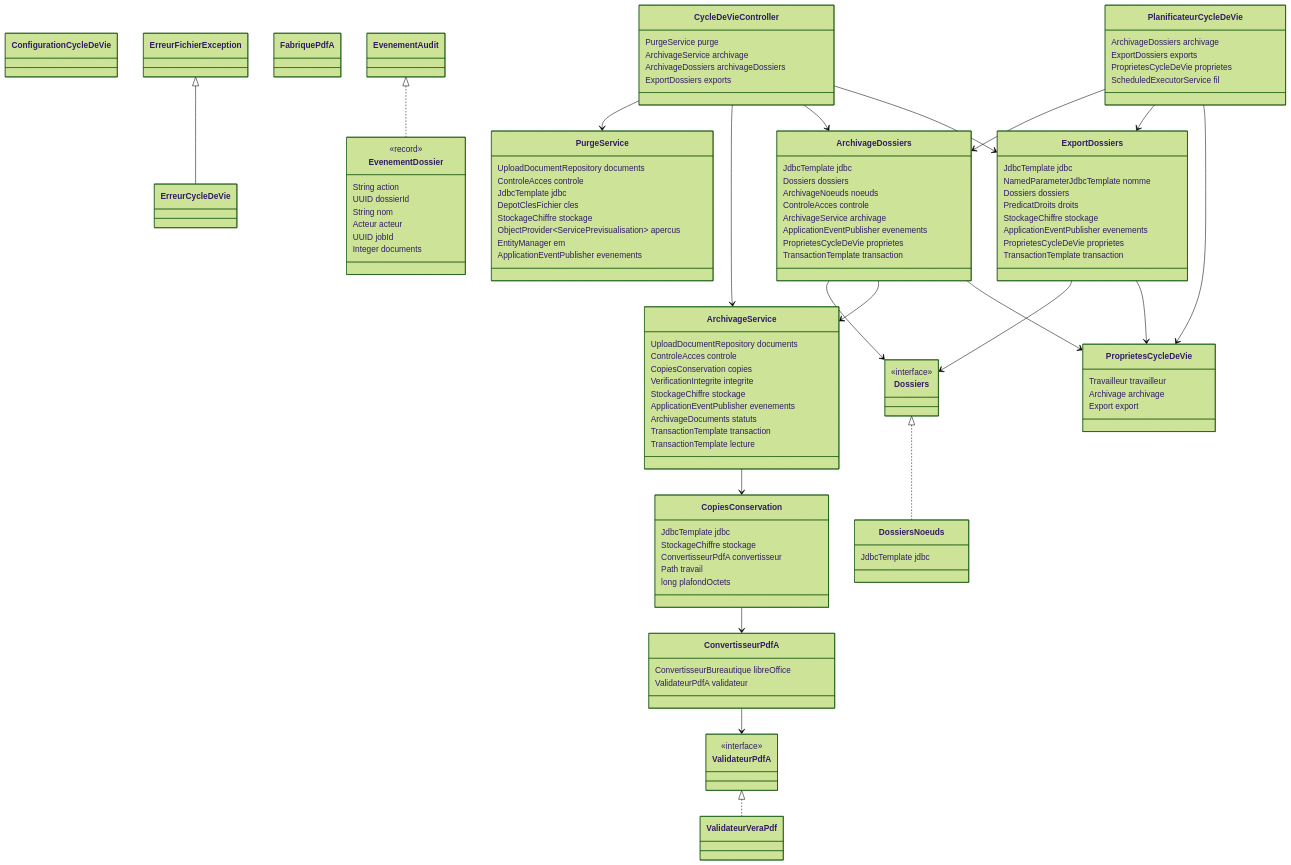
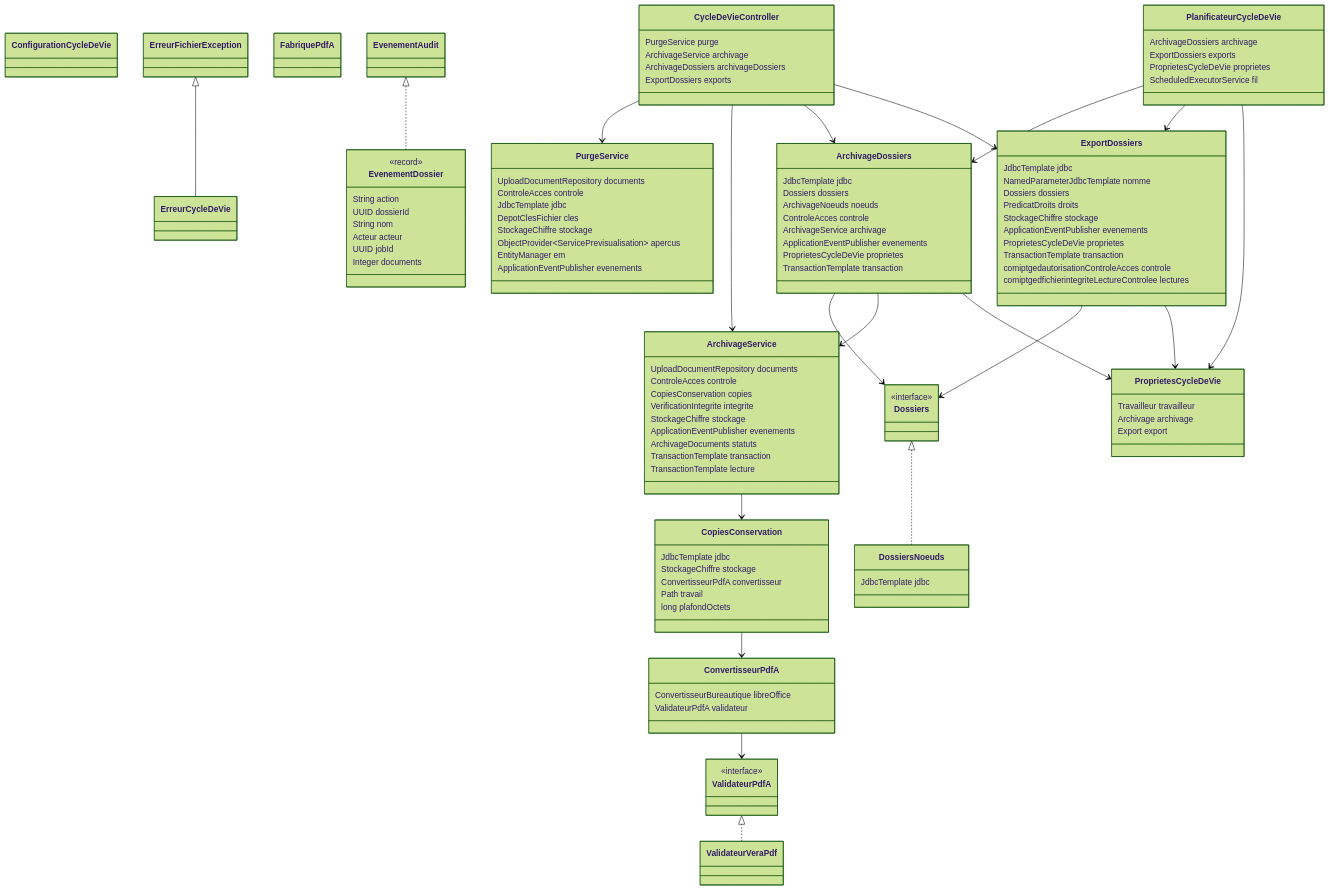
Before and after one commit to abddou2000/GED: diagram 12 of 24 in docs/modelisation/CLASSES.md, drawn with Mermaid (forest theme). The commit also changed other lines of this file and 2 other files, not shown here.

Commit message:
Régénérer le schéma et les diagrammes de classes après fusion, tenir le suivi

```diff
--- a/docs/modelisation/CLASSES.md
+++ b/docs/modelisation/CLASSES.md
@@ -1472,6 +1496,8 @@
     ApplicationEventPublisher evenements
     ProprietesCycleDeVie proprietes
     TransactionTemplate transaction
+    comiptgedautorisationControleAcces controle
+    comiptgedfichierintegriteLectureControlee lectures
   }
   class FabriquePdfA {
   }
```
